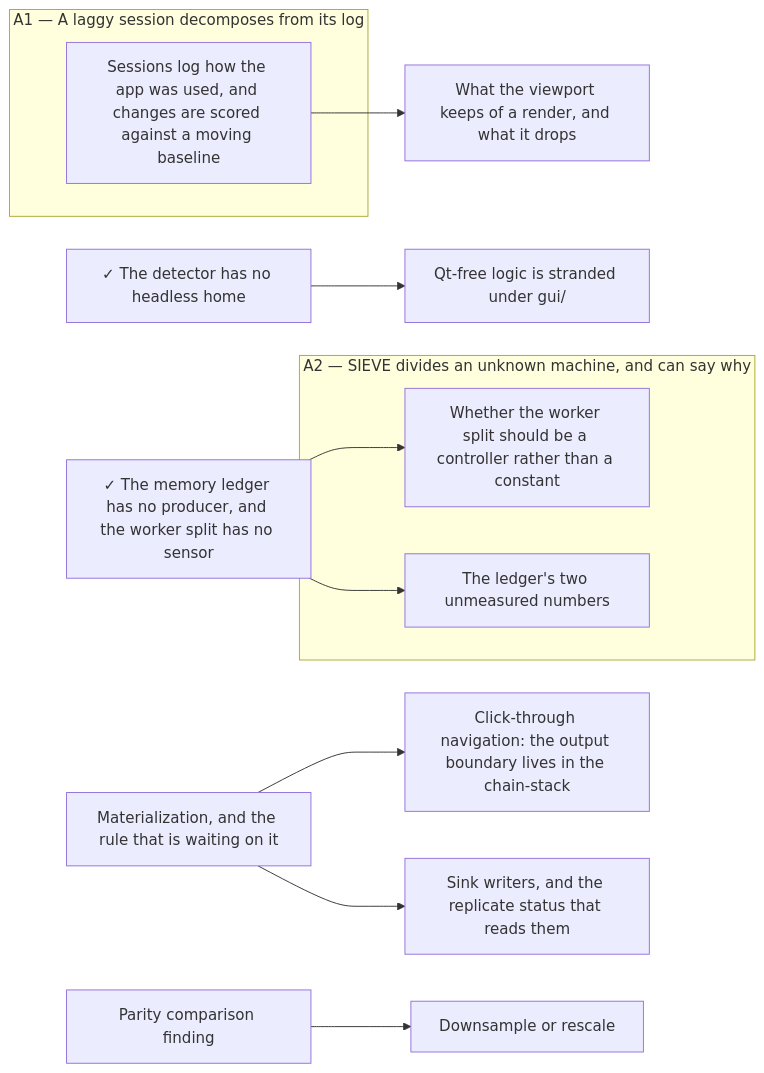
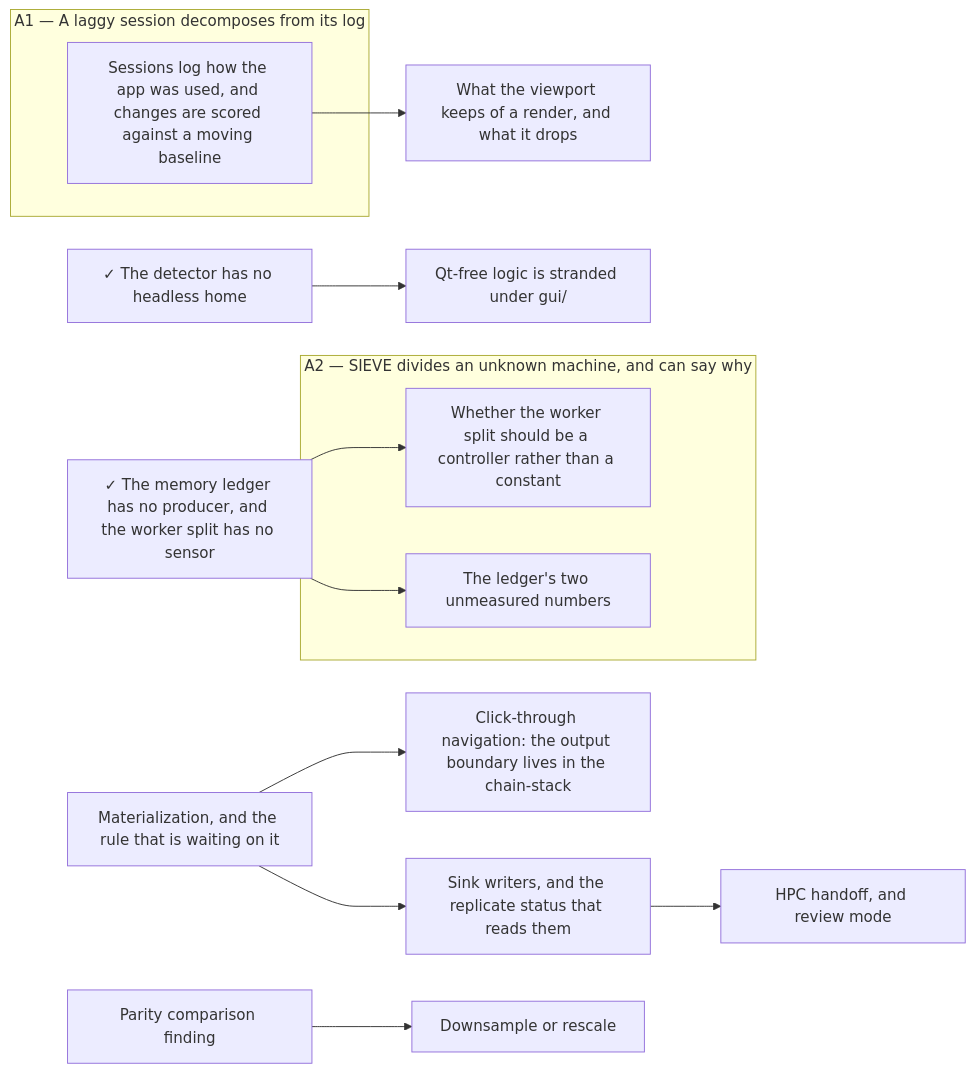
One commit to soulsynapse/antscihub-SIEVE changed the diagram in docs/.state.md. Above: the diagram before and after it, drawn with Mermaid. The commit also changed other lines of this file and 6 other files, not shown here.

````diff
--- a/docs/.state.md
+++ b/docs/.state.md
@@ -66,26 +69,28 @@
 ```mermaid
 graph LR
   subgraph A1["A1 — A laggy session decomposes from its log"]
       slow_path_surfacing["Sessions log how the app was used, and changes are scored against a moving baseline"]
   end
   subgraph A2["A2 — SIEVE divides an unknown machine, and can say why"]
       adaptive_worker_allocation["Whether the worker split should be a controller rather than a constant"]
       ledger_measurements["The ledger's two unmeasured numbers"]
   end
     click_through_navigation["Click-through navigation: the output boundary lives in the chain-stack"]
     downsample_or_rescale["Downsample or rescale"]
     headless_detection["✓ The detector has no headless home"]
+    hpc_handoff_and_review_mode["HPC handoff, and review mode"]
     ledger_producers["✓ The memory ledger has no producer, and the worker split has no sensor"]
     materialization["Materialization, and the rule that is waiting on it"]
     parity_comparison_finding["Parity comparison finding"]
     proxy_retention_policy["What the viewport keeps of a render, and what it drops"]
     qt_free_logic_under_gui["Qt-free logic is stranded under gui/"]
     sink_writers["Sink writers, and the replicate status that reads them"]
     ledger_producers --> adaptive_worker_allocation
     materialization --> click_through_navigation
     parity_comparison_finding --> downsample_or_rescale
+    sink_writers --> hpc_handoff_and_review_mode
     ledger_producers --> ledger_measurements
     slow_path_surfacing --> proxy_retention_policy
     headless_detection --> qt_free_logic_under_gui
     materialization --> sink_writers
 ```
````
